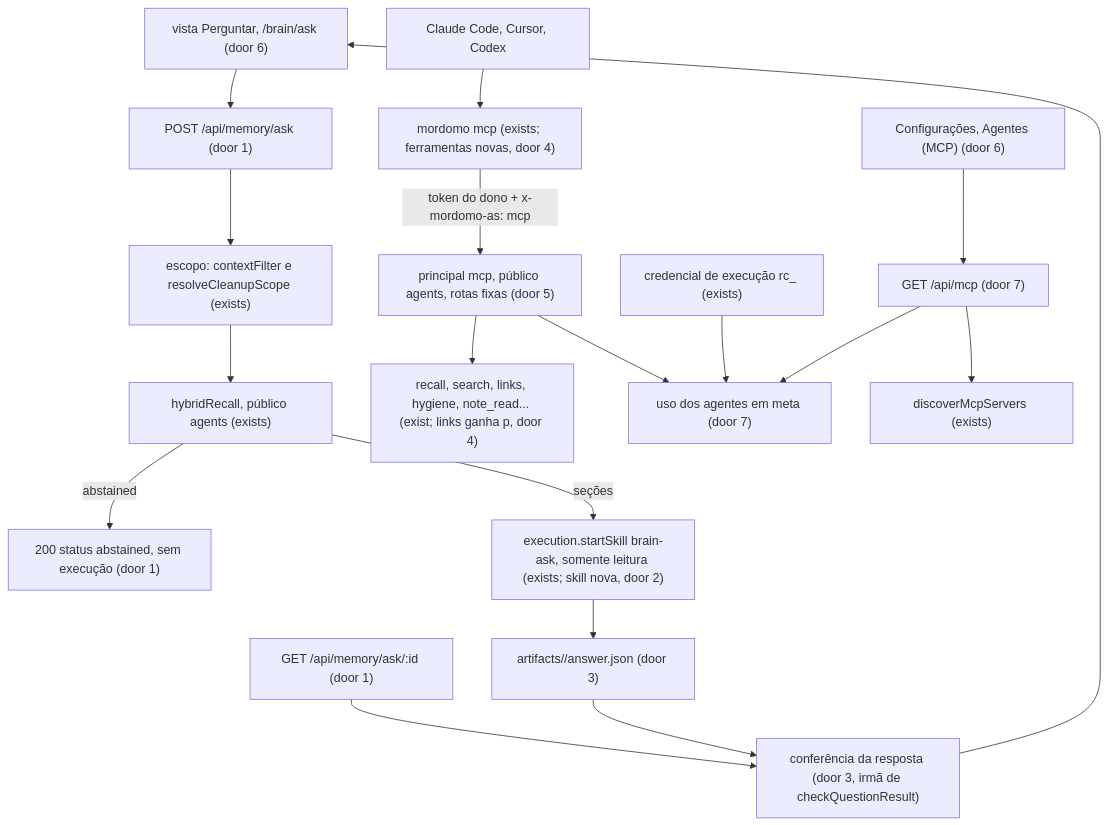
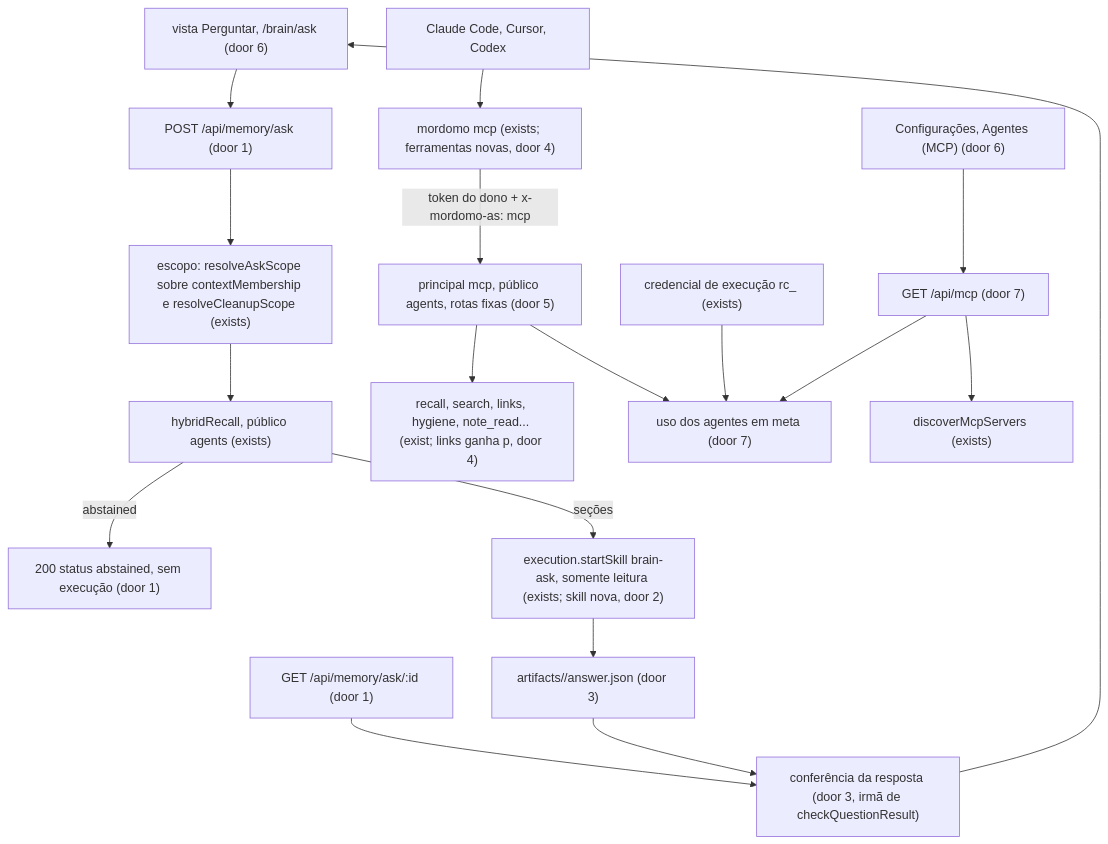
Before and after one commit to tvpl/agentic-os: the first of 2 diagrams in .specs/features/cerebro-perguntar/plan.md, drawn with Mermaid. The commit also changed other lines of this file and 1 other file, not shown here.

````diff
--- a/.specs/features/cerebro-perguntar/plan.md
+++ b/.specs/features/cerebro-perguntar/plan.md
@@ -50,20 +50,20 @@
 ```mermaid
 flowchart TD
     UI["vista Perguntar, /brain/ask (door 6)"] --> POST["POST /api/memory/ask (door 1)"]
-    POST --> SC["escopo: contextFilter e resolveCleanupScope (exists)"]
+    POST --> SC["escopo: resolveAskScope sobre contextMembership e resolveCleanupScope (exists)"]
     SC --> RC["hybridRecall, público agents (exists)"]
     RC -->|abstained| ABS["200 status abstained, sem execução (door 1)"]
     RC -->|seções| RUN["execution.startSkill brain-ask, somente leitura (exists; skill nova, door 2)"]
     RUN --> ART["artifacts/<run>/answer.json (door 3)"]
     GET["GET /api/memory/ask/:id (door 1)"] --> CHK["conferência da resposta (door 3, irmã de checkQuestionResult)"]
     ART --> CHK
     CHK --> UI
     CLI["Claude Code, Cursor, Codex"] --> MCP["mordomo mcp (exists; ferramentas novas, door 4)"]
     MCP -->|token do dono + x-mordomo-as: mcp| AUTH["principal mcp, público agents, rotas fixas (door 5)"]
     AUTH --> R1["recall, search, links, hygiene, note_read... (exist; links ganha p, door 4)"]
     AUTH --> USE["uso dos agentes em meta (door 7)"]
     RUNCRED["credencial de execução rc_ (exists)"] --> USE
     SET["Configurações, Agentes (MCP) (door 6)"] --> GMCP["GET /api/mcp (door 7)"]
     GMCP --> AUD["discoverMcpServers (exists)"]
     GMCP --> USE
 ```
````
